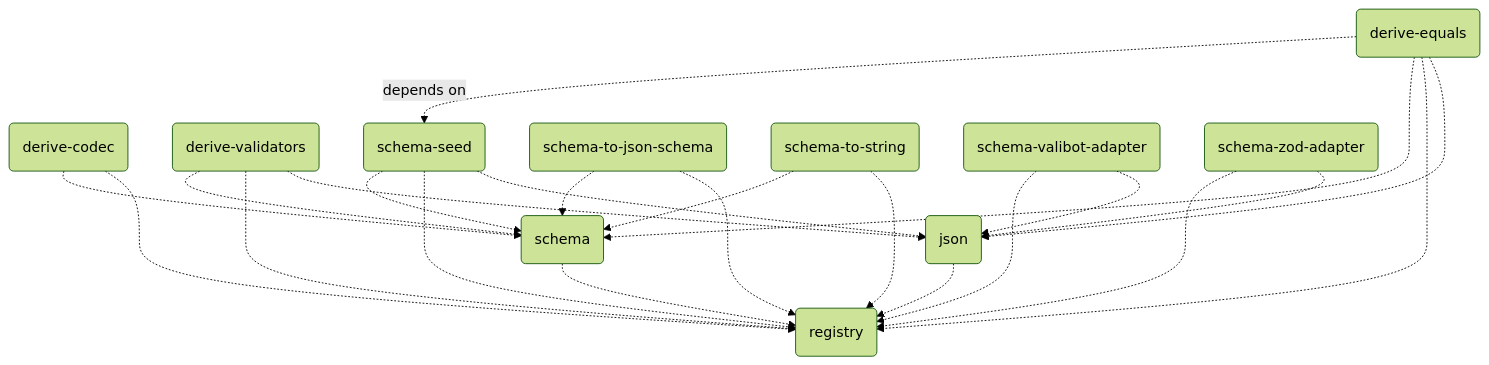
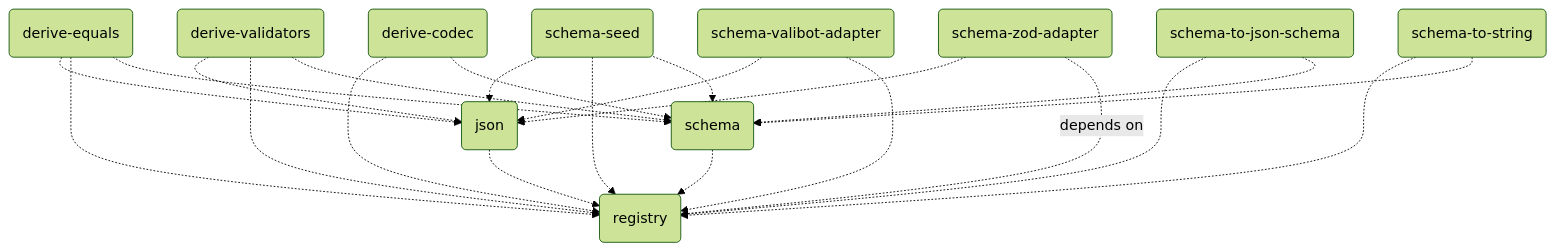
Before and after one commit to traversable/schema: the diagram in README.md, drawn with Mermaid (forest theme). The commit also changed other lines of this file and 69 other files, not shown here.

````diff
--- a/README.md
+++ b/README.md
@@ -376,26 +383,25 @@
 ```mermaid
 flowchart TD
     registry(registry)
     json(json) -.-> registry(registry)
     schema(schema) -.-> registry(registry)
     derive-codec(derive-codec) -.-> registry(registry)
     derive-codec(derive-codec) -.-> schema(schema)
+    derive-equals(derive-equals) -.-> json(json)
+    derive-equals(derive-equals) -.-> registry(registry)
+    derive-equals(derive-equals) -.-> schema(schema)
     derive-validators(derive-validators) -.-> json(json)
     derive-validators(derive-validators) -.-> registry(registry)
     derive-validators(derive-validators) -.-> schema(schema)
     schema-seed(schema-seed) -.-> json(json)
     schema-seed(schema-seed) -.-> registry(registry)
     schema-seed(schema-seed) -.-> schema(schema)
     schema-to-json-schema(schema-to-json-schema) -.-> registry(registry)
     schema-to-json-schema(schema-to-json-schema) -.-> schema(schema)
     schema-to-string(schema-to-string) -.-> registry(registry)
     schema-to-string(schema-to-string) -.-> schema(schema)
     schema-valibot-adapter(schema-valibot-adapter) -.-> json(json)
     schema-valibot-adapter(schema-valibot-adapter) -.-> registry(registry)
     schema-zod-adapter(schema-zod-adapter) -.-> json(json)
-    schema-zod-adapter(schema-zod-adapter) -.-> registry(registry)
-    derive-equals(derive-equals) -.-> json(json)
-    derive-equals(derive-equals) -.-> registry(registry)
-    derive-equals(derive-equals) -.-> schema(schema)
-    derive-equals(derive-equals) -.depends on.-> schema-seed(schema-seed)
+    schema-zod-adapter(schema-zod-adapter) -.depends on.-> registry(registry)
 ```
````
